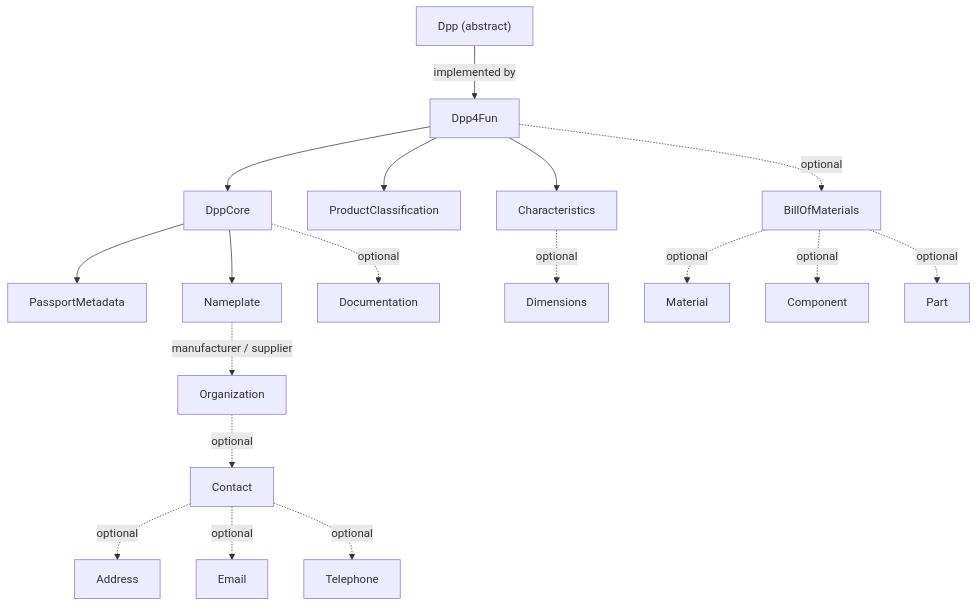
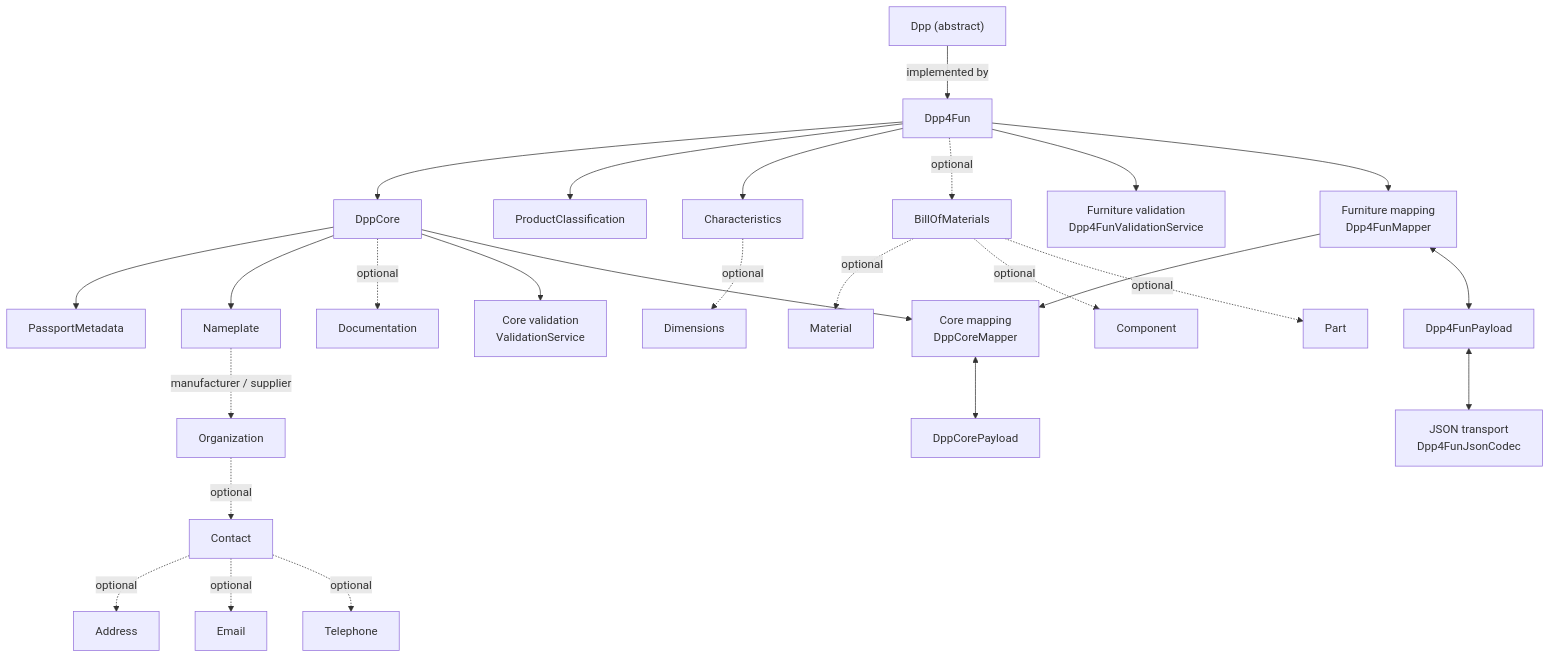
The diagram in dpp-datamodel/MODEL_GUIDE.md (CIR4FUN-EU/java-dpp-sdk), drawn with Mermaid before and after one commit. The commit also changed other lines of this file and 4 other files, not shown here.

````diff
--- a/dpp-datamodel/MODEL_GUIDE.md
+++ b/dpp-datamodel/MODEL_GUIDE.md
@@ -16,24 +16,34 @@
 ```mermaid
 flowchart TD
     Dpp["Dpp (abstract)"] -->|implemented by| Dpp4Fun["Dpp4Fun"]
 
     Dpp4Fun --> Core["DppCore"]
     Dpp4Fun --> Classification["ProductClassification"]
     Dpp4Fun --> Characteristics["Characteristics"]
     Dpp4Fun -. optional .-> Bom["BillOfMaterials"]
 
     Core --> Metadata["PassportMetadata"]
     Core --> Nameplate["Nameplate"]
     Core -. optional .-> Documentation["Documentation"]
 
     Nameplate -. manufacturer / supplier .-> Organization["Organization"]
     Organization -. optional .-> Contact["Contact"]
     Contact -. optional .-> Address["Address"]
     Contact -. optional .-> Email["Email"]
     Contact -. optional .-> Telephone["Telephone"]
 
     Characteristics -. optional .-> Dimensions["Dimensions"]
     Bom -. optional .-> Material["Material"]
     Bom -. optional .-> Component["Component"]
     Bom -. optional .-> Part["Part"]
+
+    Core --> CoreValidation["Core validation<br/>ValidationService"]
+    Core --> CoreMapping["Core mapping<br/>DppCoreMapper"]
+    CoreMapping <--> CorePayload["DppCorePayload"]
+
+    Dpp4Fun --> FunValidation["Furniture validation<br/>Dpp4FunValidationService"]
+    Dpp4Fun --> FunMapping["Furniture mapping<br/>Dpp4FunMapper"]
+    FunMapping --> CoreMapping
+    FunMapping <--> FunPayload["Dpp4FunPayload"]
+    FunPayload <--> JsonCodec["JSON transport<br/>Dpp4FunJsonCodec"]
 ```
````
